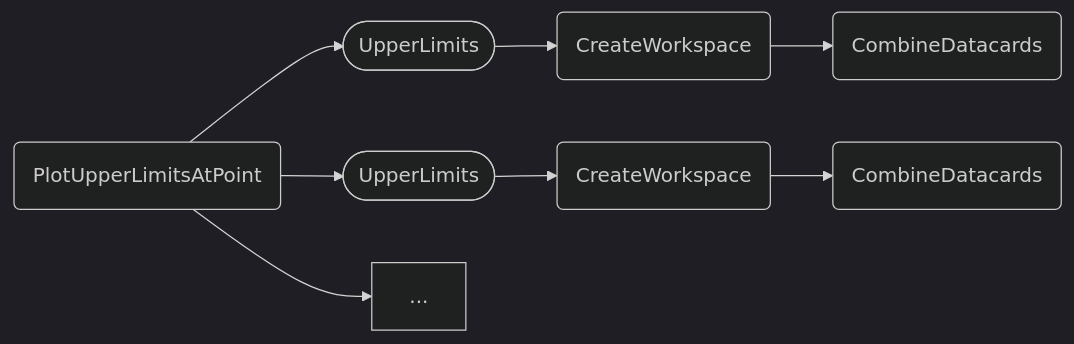
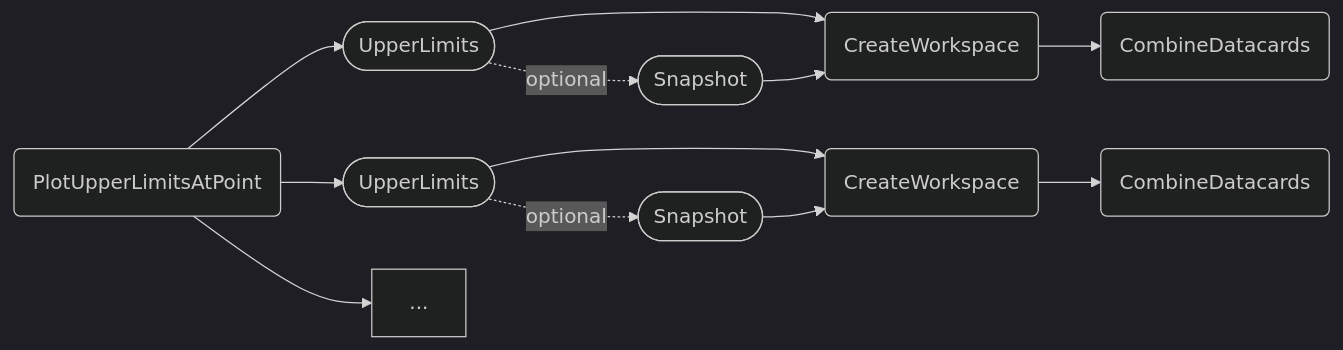
The third of 3 diagrams in docs/content/tasks/limits.md (cms-hh/inference_tools), drawn with Mermaid (dark theme) before and after one commit. The commit also changed other lines of this file and 9 other files, not shown here.

````diff
--- a/docs/content/tasks/limits.md
+++ b/docs/content/tasks/limits.md
@@ -208,10 +214,14 @@
 ```mermaid
 graph LR;
     A(PlotUpperLimitsAtPoint) --> B1([UpperLimits]);
     A --> B2([UpperLimits]);
     A --> ...;
     B1 --> C1(CreateWorkspace);
     B2 --> C2(CreateWorkspace);
     C1 --> D1(CombineDatacards);
     C2 --> D2(CombineDatacards);
+    B1 -. optional .-> E1([Snapshot]);
+    B2 -. optional .-> E2([Snapshot]);
+    E1 --> C1;
+    E2 --> C2;
 ```
````
